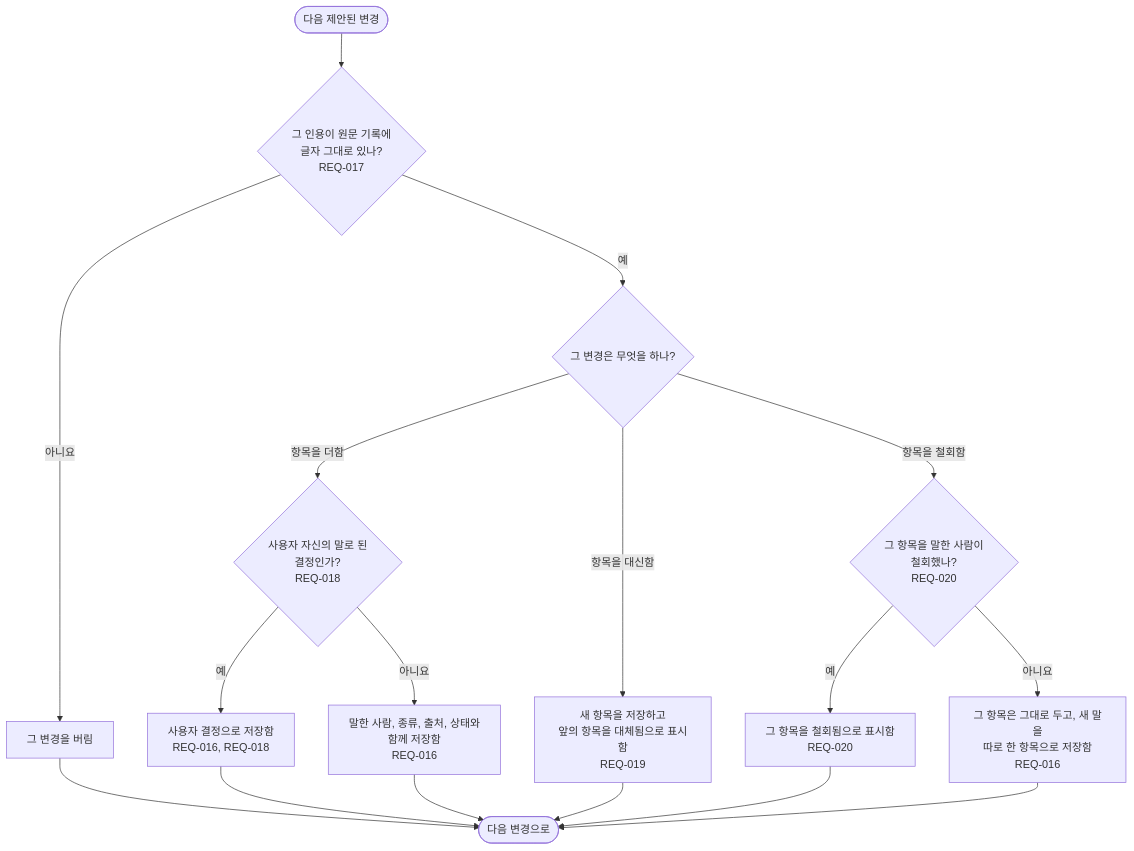
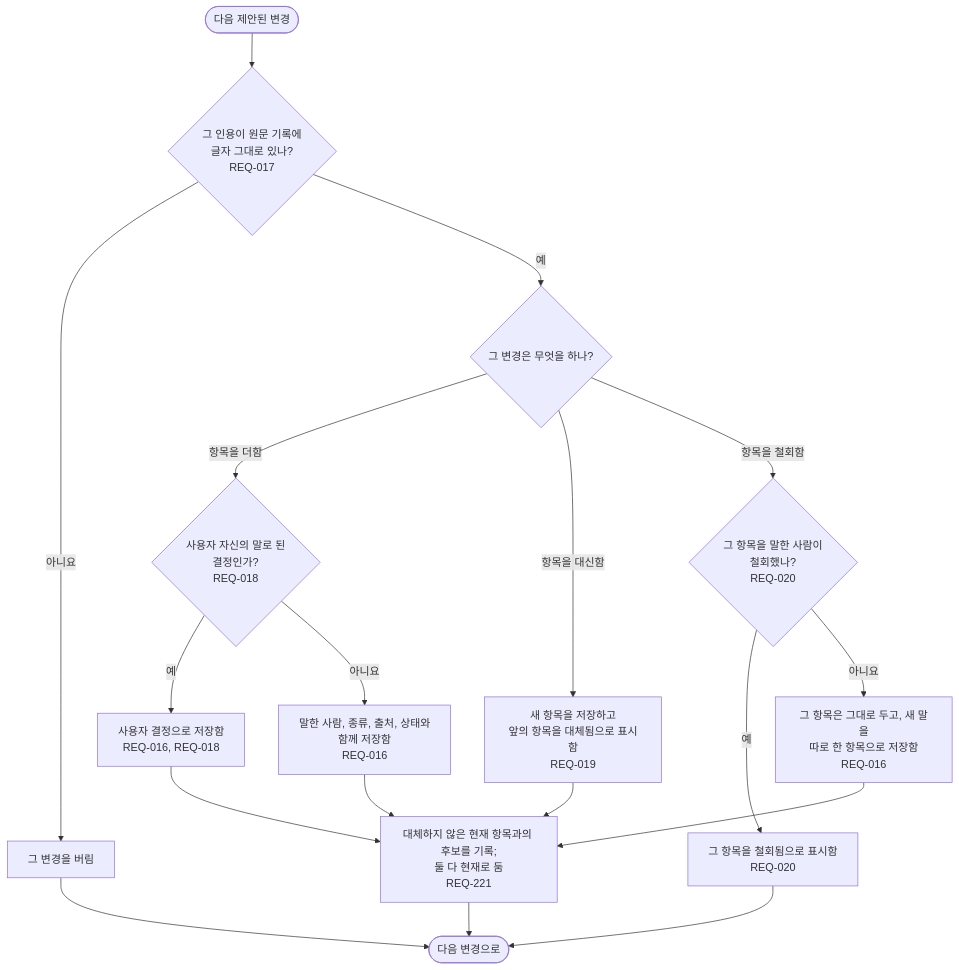
One commit to kodonghui/corthex changed the second of 2 diagrams in docs/03-user-flow/memory/FL-005-curate-new-turns.ko.md. Above: the diagram before and after it, drawn with Mermaid. The commit also changed other lines of this file and 41 other files, not shown here.

````diff
--- a/docs/03-user-flow/memory/FL-005-curate-new-turns.ko.md
+++ b/docs/03-user-flow/memory/FL-005-curate-new-turns.ko.md
@@ -43,19 +44,20 @@
 ```mermaid
 flowchart TD
   A(["다음 제안된 변경"]) --> J{"그 인용이 원문 기록에<br/>글자 그대로 있나?<br/>REQ-017"}
   J -->|아니요| J1["그 변경을 버림"]
   J -->|예| K{"그 변경은 무엇을 하나?"}
   K -->|항목을 더함| L{"사용자 자신의 말로 된<br/>결정인가?<br/>REQ-018"}
   L -->|예| L1["사용자 결정으로 저장함<br/>REQ-016, REQ-018"]
   L -->|아니요| L2["말한 사람, 종류, 출처, 상태와<br/>함께 저장함<br/>REQ-016"]
   K -->|항목을 대신함| M["새 항목을 저장하고<br/>앞의 항목을 대체됨으로 표시함<br/>REQ-019"]
   K -->|항목을 철회함| N{"그 항목을 말한 사람이<br/>철회했나?<br/>REQ-020"}
   N -->|예| N1["그 항목을 철회됨으로 표시함<br/>REQ-020"]
   N -->|아니요| N2["그 항목은 그대로 두고, 새 말을<br/>따로 한 항목으로 저장함<br/>REQ-016"]
   J1 --> Z(["다음 변경으로"])
-  L1 --> Z
-  L2 --> Z
-  M --> Z
+  L1 --> CF
+  L2 --> CF
+  M --> CF
   N1 --> Z
-  N2 --> Z
+  N2 --> CF
+  CF["대체하지 않은 현재 항목과의 후보를 기록;<br/>둘 다 현재로 둠<br/>REQ-221"] --> Z
 ```
````
